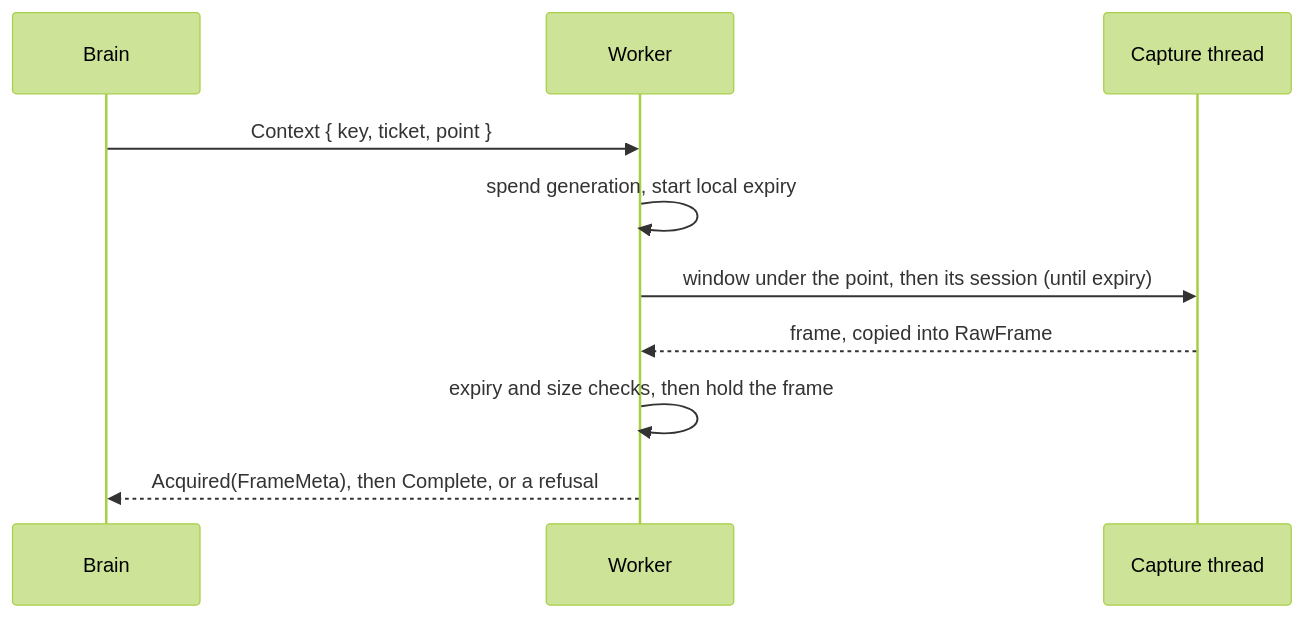
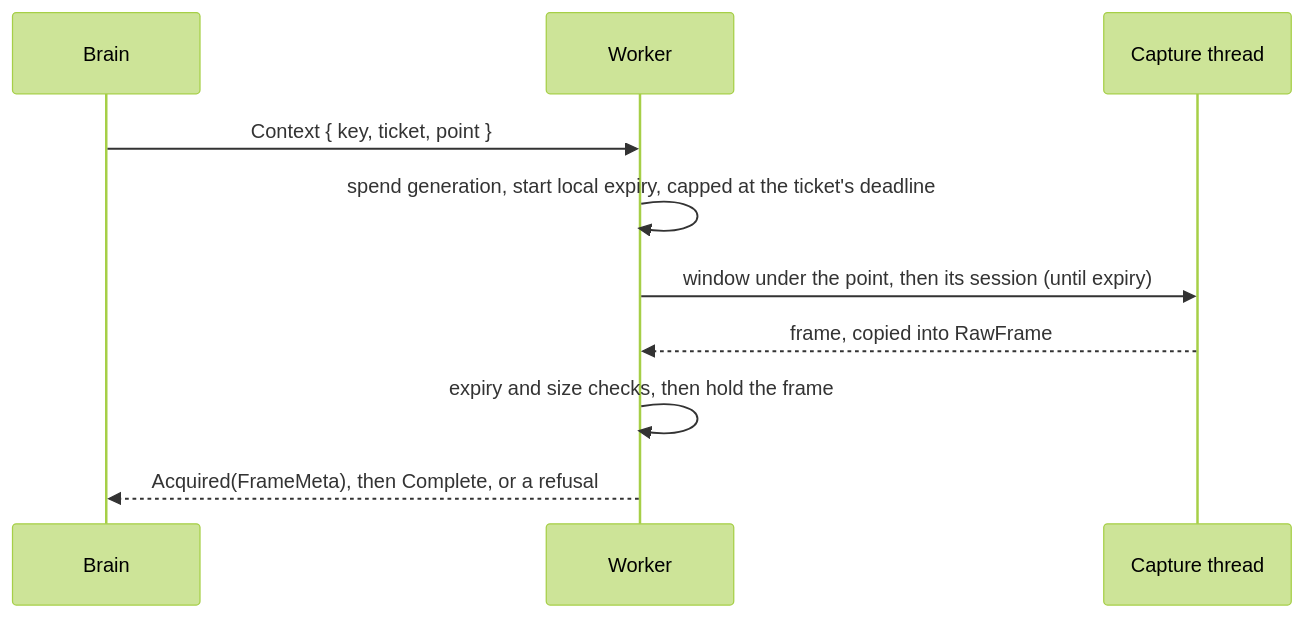
One commit to labcoder/capsula changed the second of 2 diagrams in docs/development/screen.md. Above: the diagram before and after it, drawn with Mermaid (forest theme). The commit also changed other lines of this file and 14 other files, not shown here.

Commit message:
fix(brain): end a worker's ticket at the brain's deadline

````diff
--- a/docs/development/screen.md
+++ b/docs/development/screen.md
@@ -162,12 +165,12 @@
 ```mermaid
 sequenceDiagram
   participant B as Brain
   participant W as Worker
   participant P as Capture thread
   B->>W: Context { key, ticket, point }
-  W->>W: spend generation, start local expiry
+  W->>W: spend generation, start local expiry, capped at the ticket's deadline
   W->>P: window under the point, then its session (until expiry)
   P-->>W: frame, copied into RawFrame
   W->>W: expiry and size checks, then hold the frame
   W-->>B: Acquired(FrameMeta), then Complete, or a refusal
 ```
````
